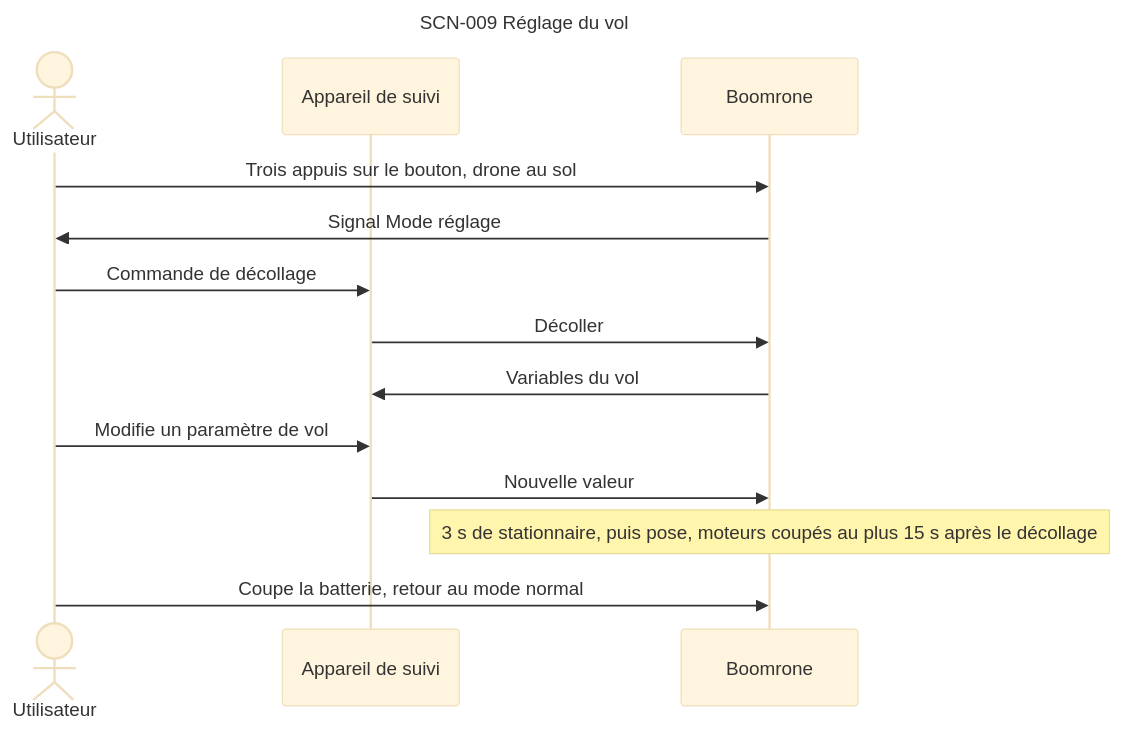
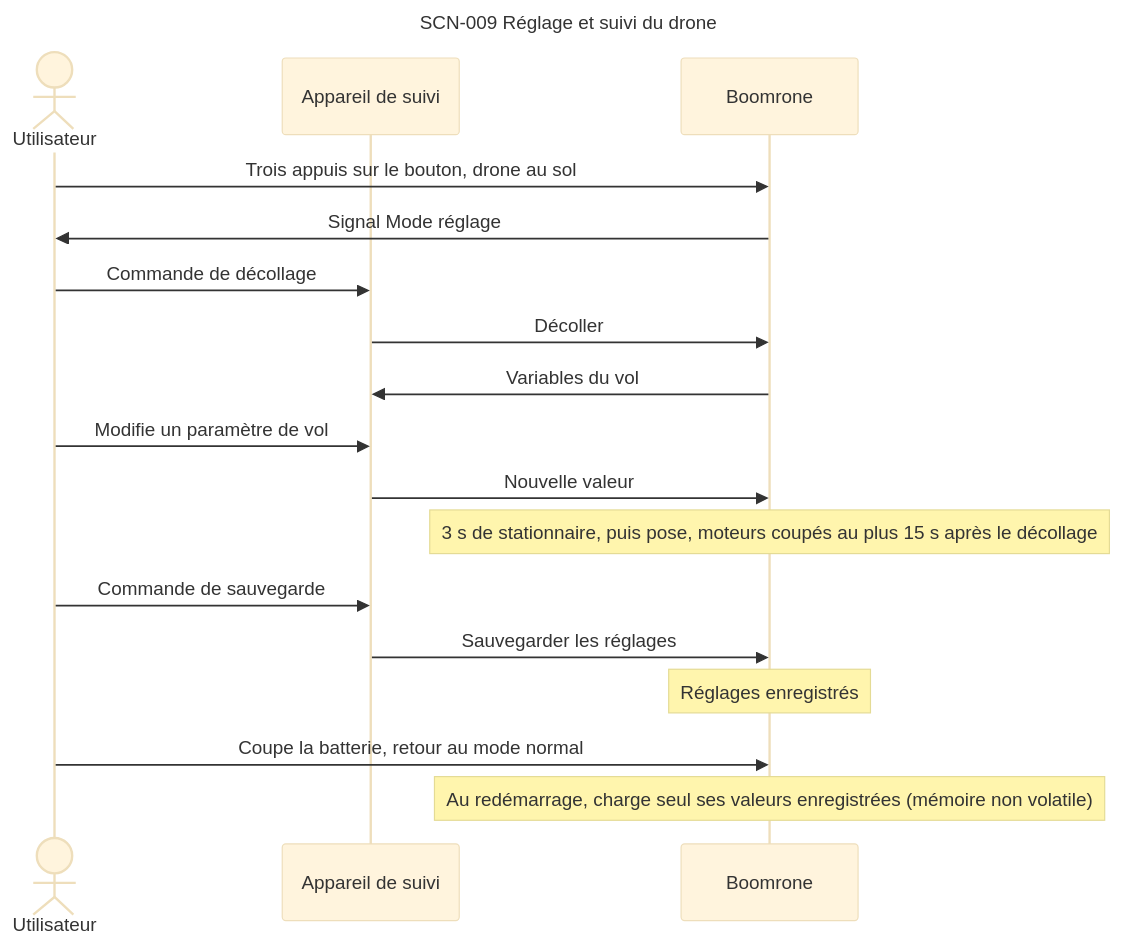
Before and after one commit to thourymatthieu-png/coworker_archi_system: diagram 11 of 13 in projets/boomrone/00-scenarios.md, drawn with Mermaid (base theme). The commit also changed other lines of this file and 5 other files, not shown here.

````diff
--- a/projets/boomrone/00-scenarios.md
+++ b/projets/boomrone/00-scenarios.md
@@ -351,18 +385,22 @@
 ```mermaid
 ---
-title: "SCN-009 Réglage du vol"
+title: "SCN-009 Réglage et suivi du drone"
 ---
 sequenceDiagram
     actor U as Utilisateur
     participant A as Appareil de suivi
     participant D as Boomrone
     U->>D: Trois appuis sur le bouton, drone au sol
     D->>U: Signal Mode réglage
     U->>A: Commande de décollage
     A->>D: Décoller
     D->>A: Variables du vol
     U->>A: Modifie un paramètre de vol
     A->>D: Nouvelle valeur
     Note over D: 3 s de stationnaire, puis pose, moteurs coupés au plus 15 s après le décollage
+    U->>A: Commande de sauvegarde
+    A->>D: Sauvegarder les réglages
+    Note over D: Réglages enregistrés
     U->>D: Coupe la batterie, retour au mode normal
+    Note over D: Au redémarrage, charge seul ses valeurs enregistrées (mémoire non volatile)
 ```
````
